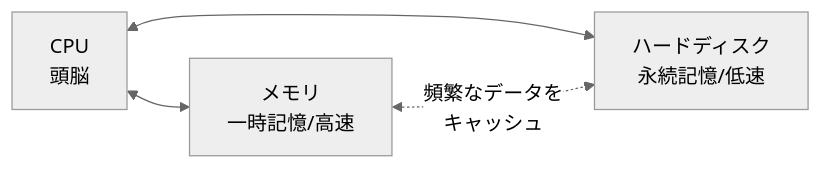
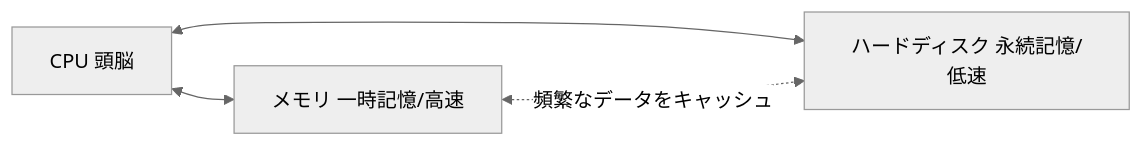
Before and after one commit to x86-unix/docs: the second of 21 diagrams in training/basics.md, drawn with Mermaid (neutral theme). The commit also changed other lines of this file, not shown here.

````diff
--- a/training/basics.md
+++ b/training/basics.md
@@ -12,6 +95,6 @@
 ```mermaid
 graph LR
-    CPU[CPU<br/>頭脳] <--> Memory[メモリ<br/>一時記憶/高速]
-    CPU <--> HDD[ハードディスク<br/>永続記憶/低速]
-    Memory <-.-> |頻繁なデータを<br/>キャッシュ| HDD
+    CPU["CPU 頭脳"] <--> Memory["メモリ 一時記憶/高速"]
+    CPU <--> HDD["ハードディスク 永続記憶/低速"]
+    Memory <-.-> |"頻繁なデータをキャッシュ"| HDD
 ```
````
